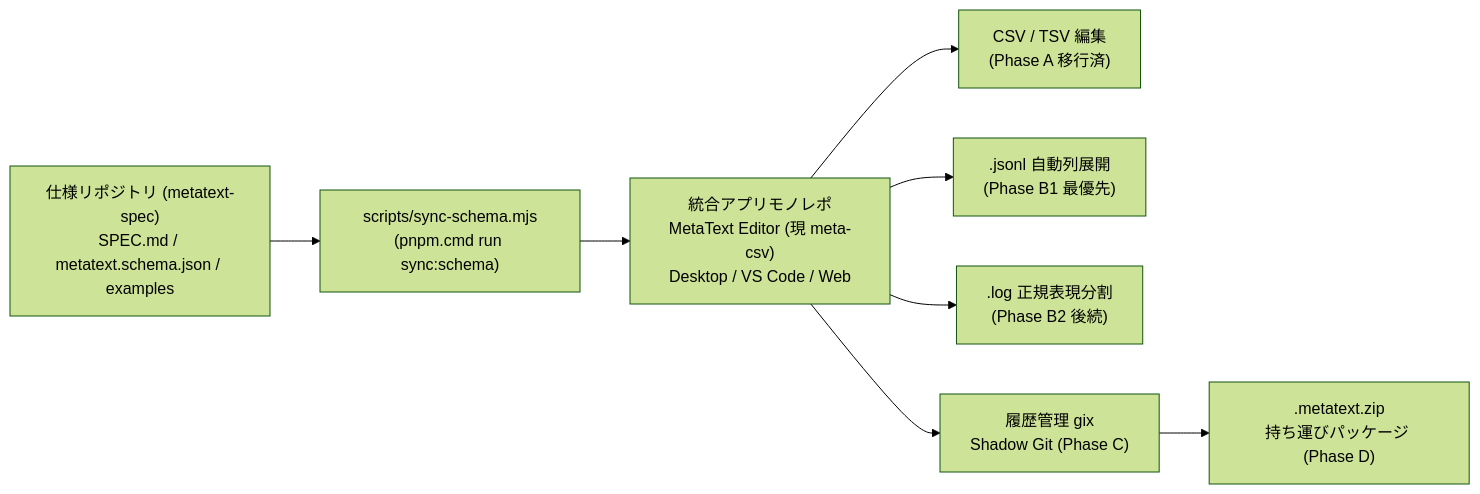
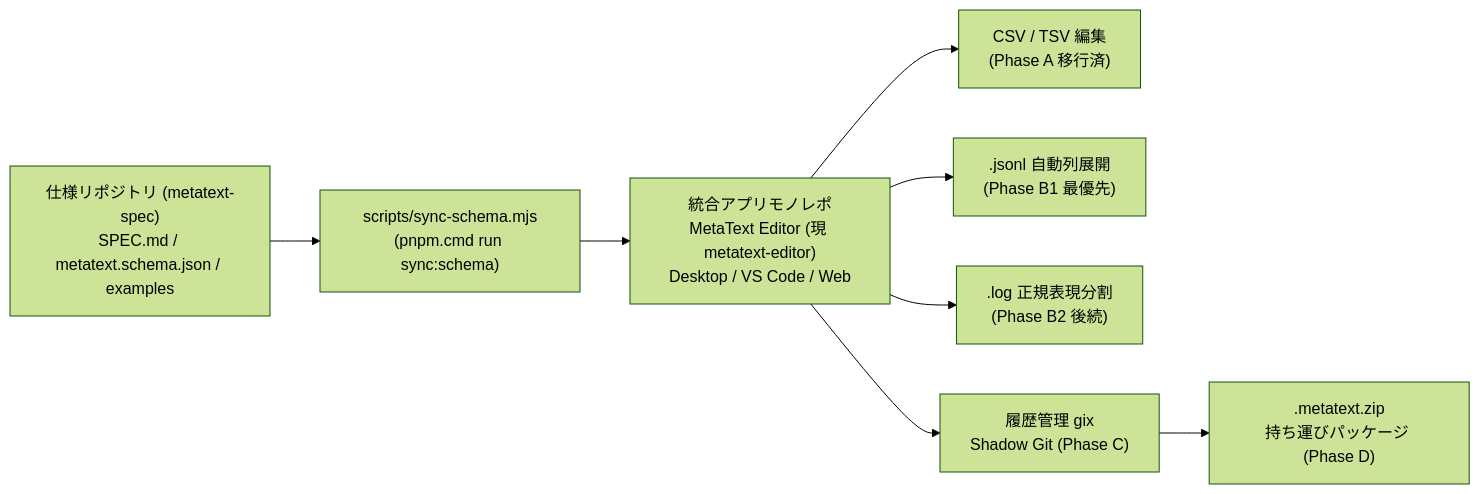
Before and after one commit to mahorobalab/meta-csv: the diagram in docs/plan/metatext-and-metalog-plan.md, drawn with Mermaid (forest theme). The commit also changed other lines of this file and 80 other files, not shown here.

````diff
--- a/docs/plan/metatext-and-metalog-plan.md
+++ b/docs/plan/metatext-and-metalog-plan.md
@@ -30,17 +30,17 @@
 ```mermaid
 flowchart LR
   Spec["仕様リポジトリ (metatext-spec)<br/>SPEC.md / metatext.schema.json / examples"]
   Sync["scripts/sync-schema.mjs<br/>(pnpm.cmd run sync:schema)"]
-  App["統合アプリモノレポ<br/>MetaText Editor (現 meta-csv)<br/>Desktop / VS Code / Web"]
+  App["統合アプリモノレポ<br/>MetaText Editor (現 metatext-editor)<br/>Desktop / VS Code / Web"]
   CSV["CSV / TSV 編集<br/>(Phase A 移行済)"]
   JSONL[".jsonl 自動列展開<br/>(Phase B1 最優先)"]
   Log[".log 正規表現分割<br/>(Phase B2 後続)"]
   Hist["履歴管理 gix<br/>Shadow Git (Phase C)"]
   Zip[".metatext.zip<br/>持ち運びパッケージ (Phase D)"]
 
   Spec --> Sync --> App
   App --> CSV
   App --> JSONL
   App --> Log
   App --> Hist --> Zip
 ```
````
